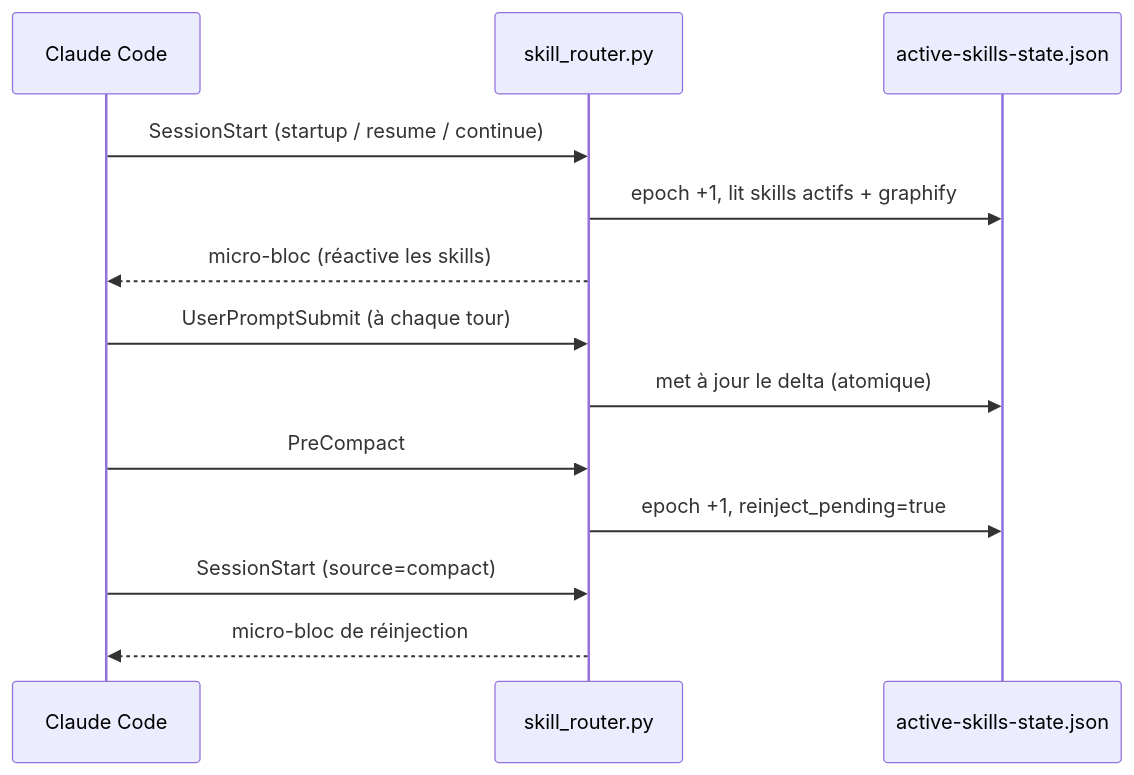
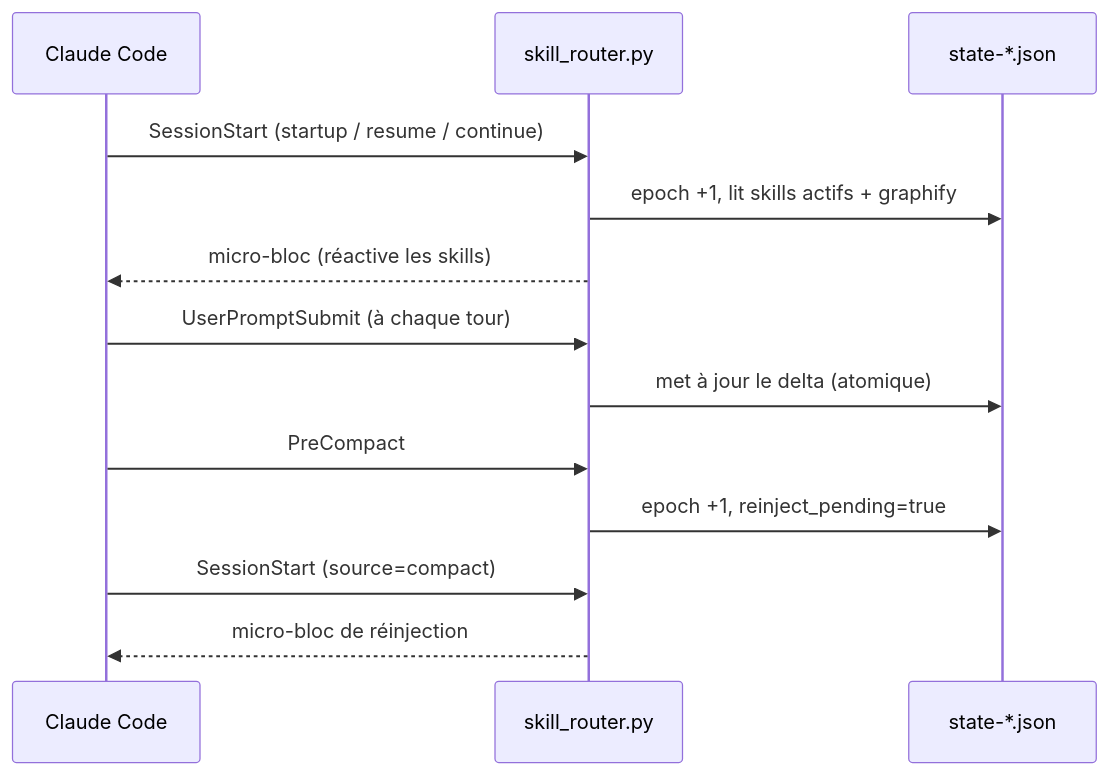
Before and after one commit to isma212m/skills-auto-use-best-skills: the second of 2 diagrams in README.md, drawn with Mermaid. The commit also changed other lines of this file and 4 other files, not shown here.

````diff
--- a/README.md
+++ b/README.md
@@ -50,15 +55,15 @@
 ```mermaid
 sequenceDiagram
   participant CC as Claude Code
   participant R as skill_router.py
-  participant S as active-skills-state.json
+  participant S as state-*.json
   CC->>R: SessionStart (startup / resume / continue)
   R->>S: epoch +1, lit skills actifs + graphify
   R-->>CC: micro-bloc (réactive les skills)
   CC->>R: UserPromptSubmit (à chaque tour)
   R->>S: met à jour le delta (atomique)
   CC->>R: PreCompact
   R->>S: epoch +1, reinject_pending=true
   CC->>R: SessionStart (source=compact)
   R-->>CC: micro-bloc de réinjection
 ```
````
